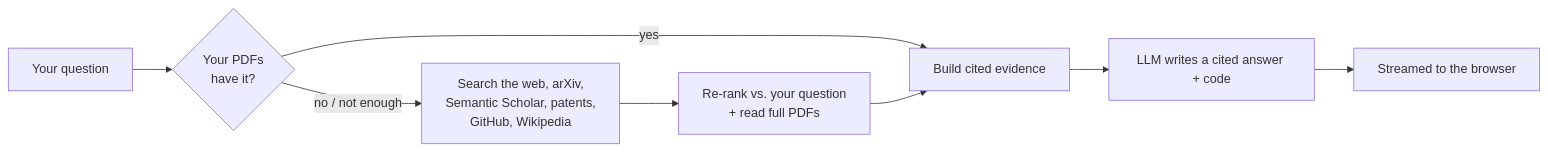
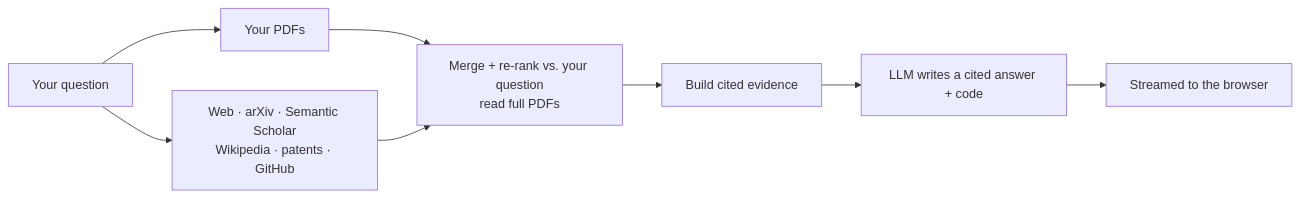
Before and after one commit to anistondeveloperteam-ANT/Audio-research-assistant: the diagram in README.md, drawn with Mermaid. The commit also changed other lines of this file and 3 other files, not shown here.

First line of the commit message:
Always search everywhere (papers + web combined) + tech/improvements doc

````diff
--- a/README.md
+++ b/README.md
@@ -40,10 +40,10 @@
 ```mermaid
 flowchart LR
-    Q[Your question] --> P{Your PDFs<br/>have it?}
-    P -- yes --> CTX[Build cited evidence]
-    P -- no / not enough --> EXT[Search the web, arXiv,<br/>Semantic Scholar, patents,<br/>GitHub, Wikipedia]
-    EXT --> RR[Re-rank vs. your question<br/>+ read full PDFs]
-    RR --> CTX
+    Q[Your question] --> L[Your PDFs]
+    Q --> EXT[Web · arXiv · Semantic Scholar<br/>Wikipedia · patents · GitHub]
+    L --> RR[Merge + re-rank vs. your question<br/>read full PDFs]
+    EXT --> RR
+    RR --> CTX[Build cited evidence]
     CTX --> LLM[LLM writes a cited answer + code]
     LLM --> UI[Streamed to the browser]
 ```
````
